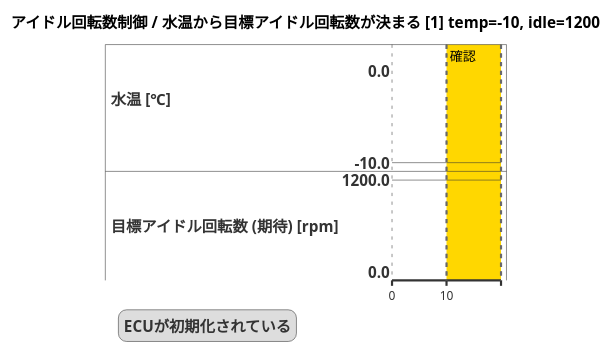
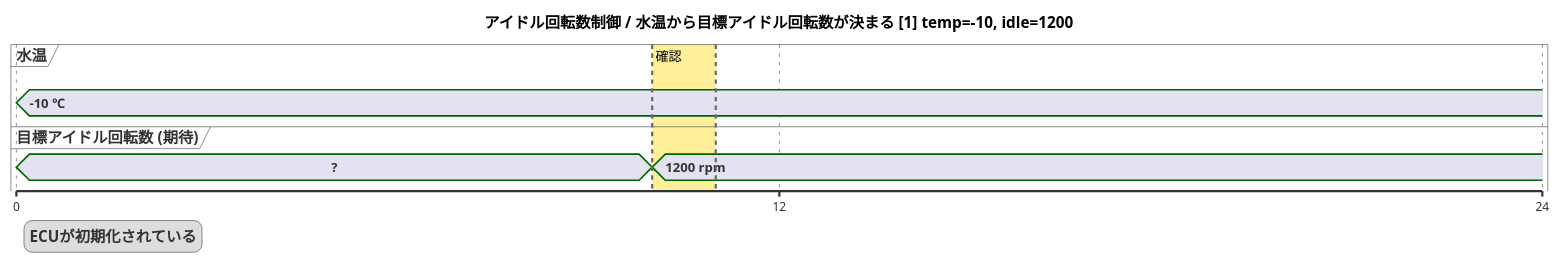
One commit to YitKubo/poc_bdd changed the diagram in charts/idle_speed/水温から目標アイドル回転数が決まる_01.puml. Above: the diagram before and after it, drawn with PlantUML. The commit also changed 89 other files, not shown here.

```diff
--- a/charts/idle_speed/水温から目標アイドル回転数が決まる_01.puml
+++ b/charts/idle_speed/水温から目標アイドル回転数が決まる_01.puml
@@ -1,16 +1,18 @@
 @startuml
 skinparam defaultFontName IPAGothic
 title アイドル回転数制御 / 水温から目標アイドル回転数が決まる [1] temp=-10, idle=1200
+scale 12 as 700 pixels
 legend left
   ECUが初期化されている
 endlegend
-analog "水温 [℃]" between -10 and 0 as s0
-analog "目標アイドル回転数 (期待) [rpm]" between 0 and 1200 as s1
+concise "水温" as s0
+concise "目標アイドル回転数 (期待)" as s1
 
 @0
-s0 is -10
+s0 is "-10 ℃"
+s1 is "?"
 @10
-s0 is -10
-s1 is 1200
-highlight 10 to 20 #Gold;line:DimGrey : 確認
+s1 is "1200 rpm"
+@12
+highlight 10 to 11 #FFD70066;line:DimGrey : 確認
 @enduml
```
